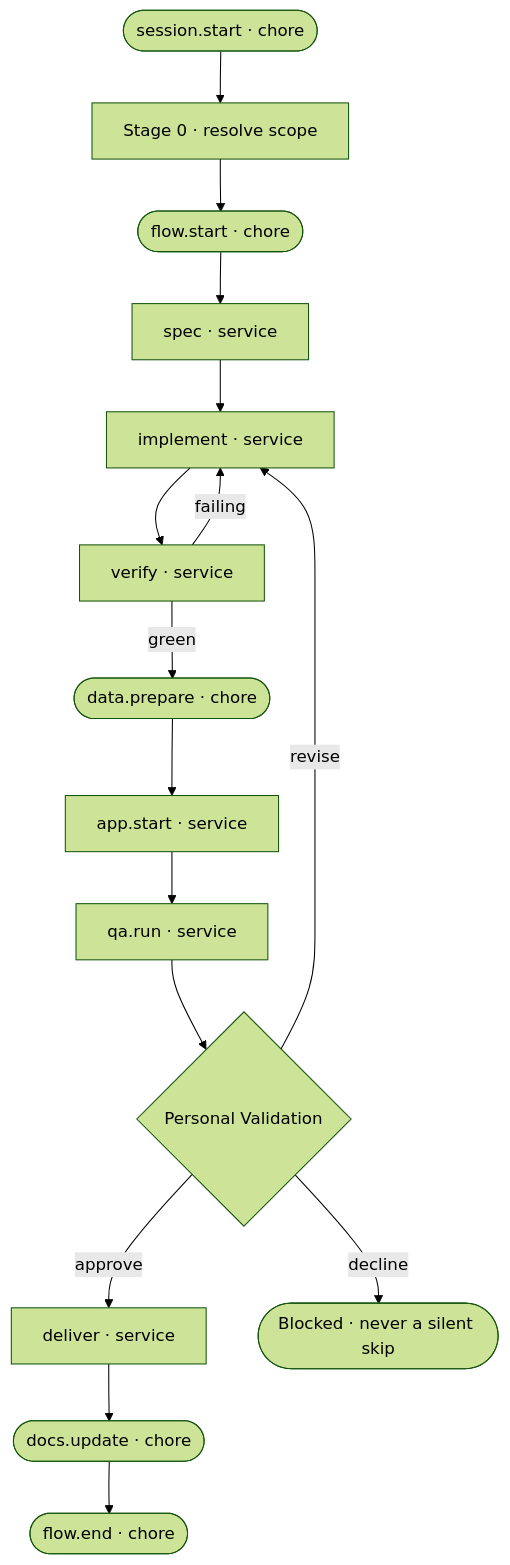
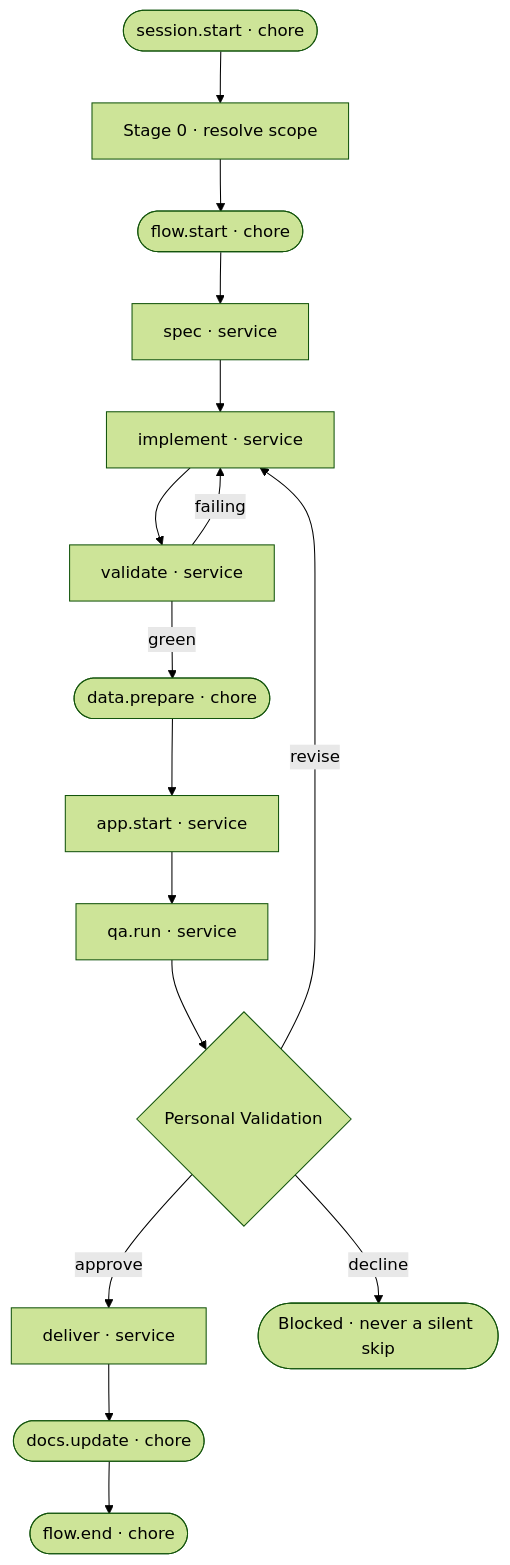
One commit to JSdotNet/devbook changed the third of 3 diagrams in .devbook/domain/plugin-authoring/flow.md. Above: the diagram before and after it, drawn with Mermaid (forest theme). The commit also changed other lines of this file and 23 other files, not shown here.

First line of the commit message:
Rename the Build & Test point from verify to validate

````diff
--- a/.devbook/domain/plugin-authoring/flow.md
+++ b/.devbook/domain/plugin-authoring/flow.md
@@ -78,18 +78,18 @@
 ```mermaid
 flowchart TD
     sessionStart(["session.start · chore"]) --> stage0["Stage 0 · resolve scope"]
     stage0 --> flowStart(["flow.start · chore"])
     flowStart --> spec["spec · service"]
     spec --> implement["implement · service"]
-    implement --> verify["verify · service"]
-    verify -->|failing| implement
-    verify -->|green| dataPrepare(["data.prepare · chore"])
+    implement --> validate["validate · service"]
+    validate -->|failing| implement
+    validate -->|green| dataPrepare(["data.prepare · chore"])
     dataPrepare --> appStart["app.start · service"]
     appStart --> qaRun["qa.run · service"]
     qaRun --> gate{"Personal Validation"}
     gate -->|approve| deliver["deliver · service"]
     gate -->|revise| implement
     gate -->|decline| stop(["Blocked · never a silent skip"])
     deliver --> docsUpdate(["docs.update · chore"])
     docsUpdate --> flowEnd(["flow.end · chore"])
 ```
````
